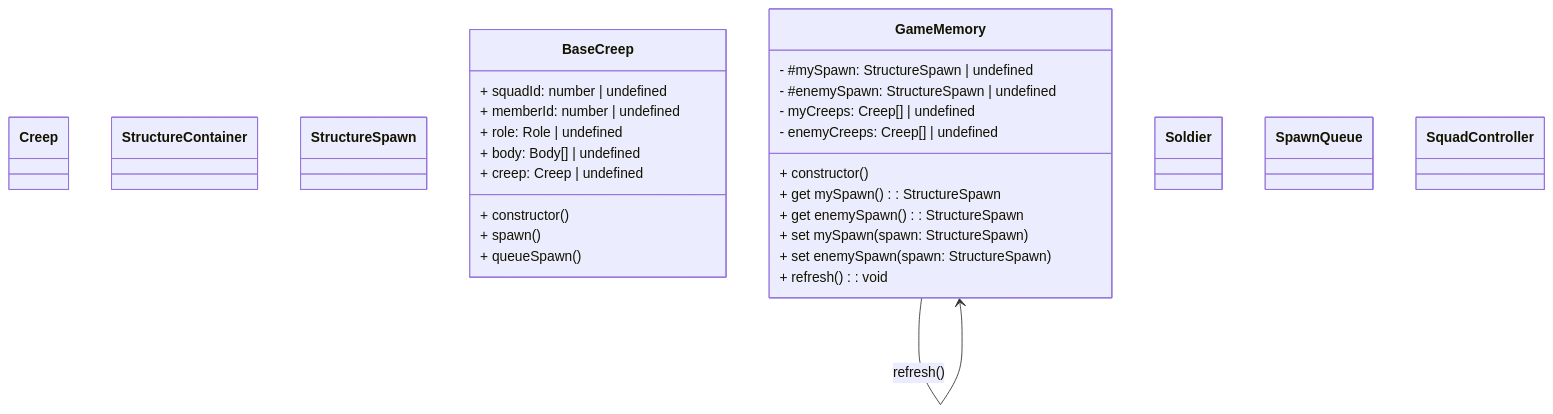
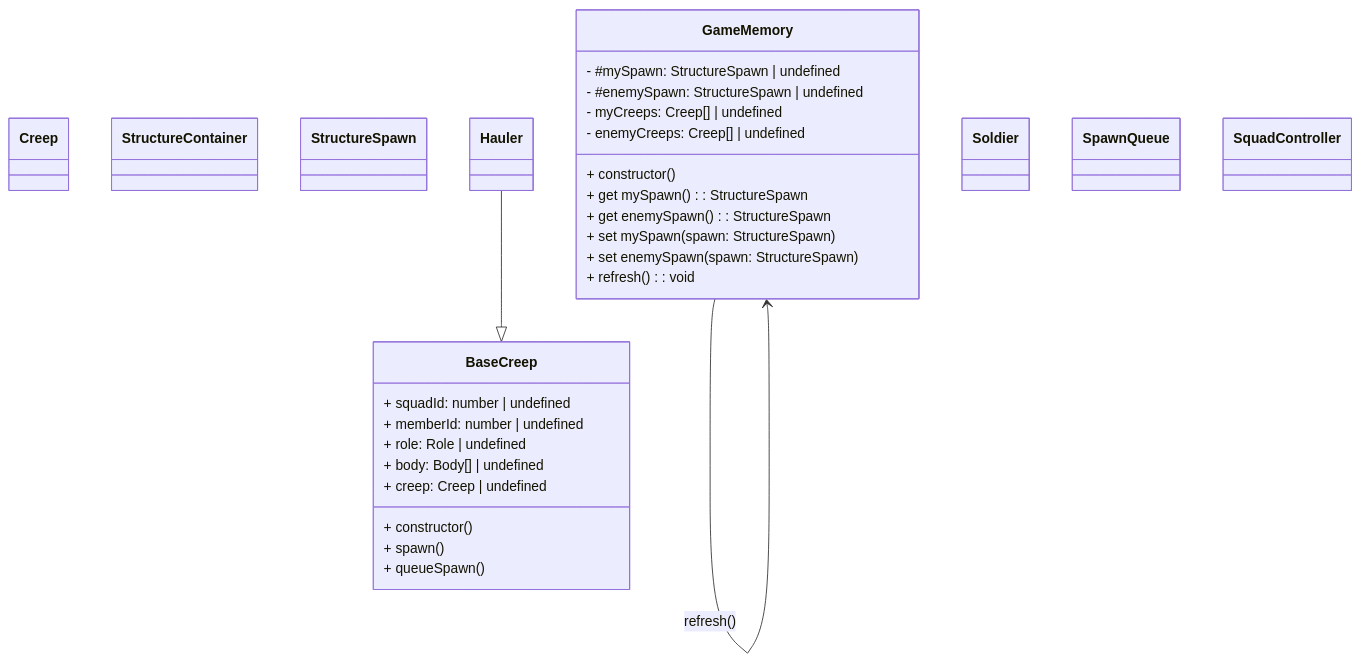
Before and after one commit to MilkSjeik/ScreepsArena-alpha-spawn_and_swamp: the diagram in doc/ClassDiagram.md, drawn with Mermaid.

Commit message:
doc: class stub Hauler + Hauler extends BaseCreep

````diff
--- a/doc/ClassDiagram.md
+++ b/doc/ClassDiagram.md
@@ -1,46 +1,50 @@
 ```mermaid
 classDiagram
   class Creep {
     %% Game prototype
   }
   class StructureContainer {
     %% Game prototype
   }
   class StructureSpawn{
     %% Game prototype
   }
 
   class BaseCreep{
     + squadId: number | undefined
     + memberId: number | undefined
     + role: Role | undefined
     + body: Body[] | undefined
     + creep: Creep | undefined
     + constructor()
     + spawn()
     + queueSpawn()
   }
   class GameMemory{
     - #mySpawn: StructureSpawn | undefined
     - #enemySpawn: StructureSpawn | undefined
     - myCreeps: Creep[] | undefined
     - enemyCreeps: Creep[] | undefined
     + constructor()
     + get mySpawn(): StructureSpawn
     + get enemySpawn(): StructureSpawn
     + set mySpawn(spawn: StructureSpawn)
     + set enemySpawn(spawn: StructureSpawn)
     + refresh(): void
   }
+  class Hauler{
+
+  }
   class Soldier{
 
   }
   class SpawnQueue{
 
   }
   class SquadController{
 
   }
 
   GameMemory --> GameMemory : refresh()
+  Hauler--|>BaseCreep
 ```
````
